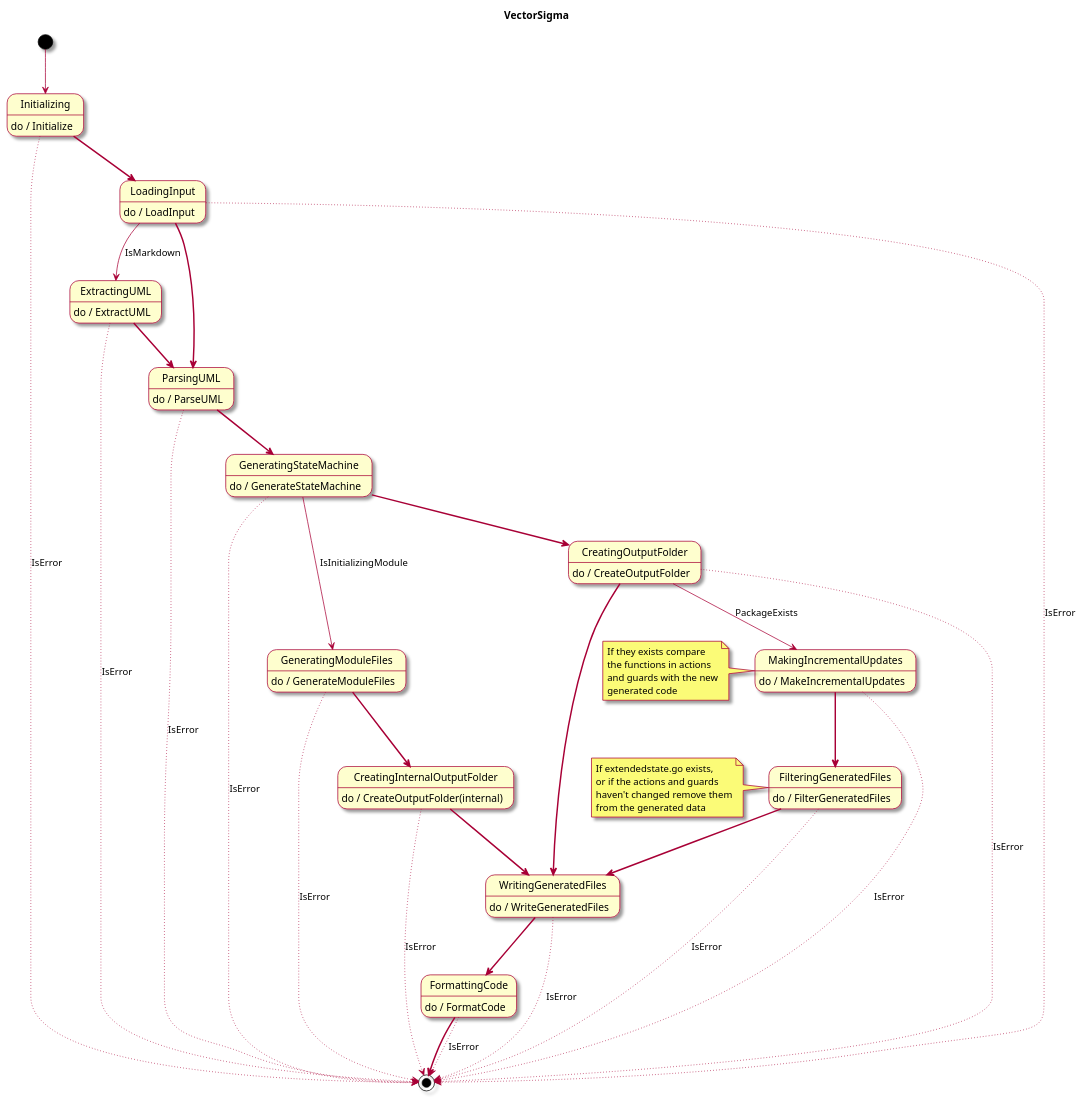
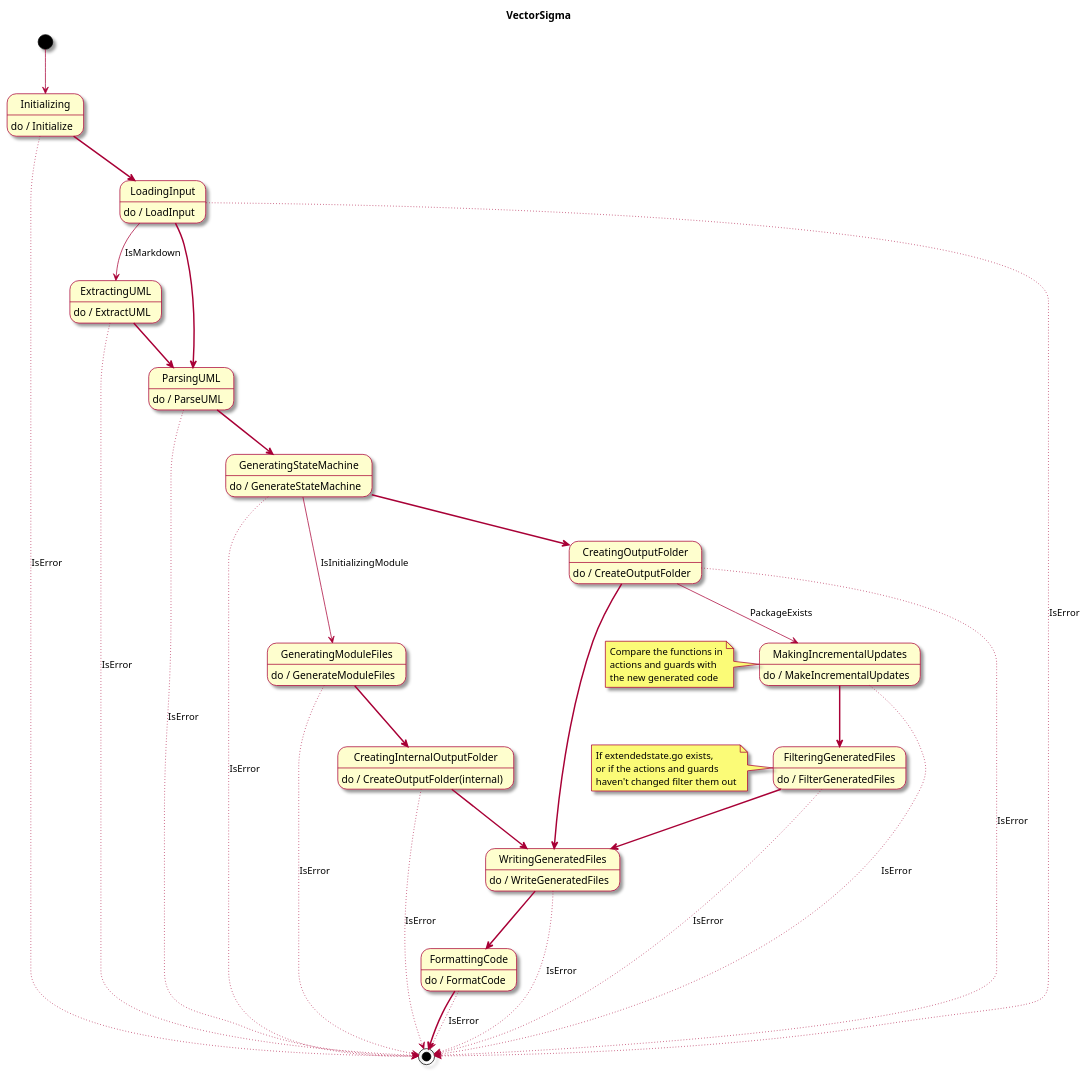
Before and after one commit to mhersson/vectorsigma: the diagram in docs/vectorsigma-statechart.md, drawn with PlantUML. The commit also changed 1 other file, not shown here.

Commit message:
Improve the notes in the statechart diagram

````diff
--- a/docs/vectorsigma-statechart.md
+++ b/docs/vectorsigma-statechart.md
@@ -6,76 +6,74 @@
 ```plantuml
 @startuml
 
 skin rose
 
 title VectorSigma
 
 [*] --> Initializing
 
 Initializing: do / Initialize
 Initializing -[dotted]-> [*]: IsError
 Initializing -[bold]-> LoadingInput
 
 LoadingInput: do / LoadInput
 LoadingInput -[dotted]-> [*]: IsError
 LoadingInput --> ExtractingUML: IsMarkdown
 LoadingInput -[bold]-> ParsingUML
 
 ExtractingUML: do / ExtractUML
 ExtractingUML -[dotted]-> [*]: IsError
 ExtractingUML -[bold]-> ParsingUML
 
 ParsingUML: do / ParseUML
 ParsingUML -[dotted]-> [*]: IsError
 ParsingUML -[bold]-> GeneratingStateMachine
 
 GeneratingStateMachine: do / GenerateStateMachine
 GeneratingStateMachine -[dotted]-> [*]: IsError
 GeneratingStateMachine --> GeneratingModuleFiles: IsInitializingModule
 GeneratingStateMachine -[bold]-> CreatingOutputFolder
 
 GeneratingModuleFiles: do / GenerateModuleFiles
 GeneratingModuleFiles -[dotted]-> [*]: IsError
 GeneratingModuleFiles -[bold]-> CreatingInternalOutputFolder
 
 CreatingInternalOutputFolder: do / CreateOutputFolder(internal)
 CreatingInternalOutputFolder -[dotted]-> [*]: IsError
 CreatingInternalOutputFolder -[bold]-> WritingGeneratedFiles
 
 CreatingOutputFolder: do / CreateOutputFolder
 CreatingOutputFolder -[dotted]-> [*]: IsError
 CreatingOutputFolder --> MakingIncrementalUpdates: PackageExists
 CreatingOutputFolder -[bold]-> WritingGeneratedFiles
 
 MakingIncrementalUpdates: do / MakeIncrementalUpdates
 MakingIncrementalUpdates -[dotted]-> [*]: IsError
 MakingIncrementalUpdates -[bold]-> FilteringGeneratedFiles
 note left of MakingIncrementalUpdates
-  If they exists compare
-  the functions in actions
-  and guards with the new
-  generated code
+  Compare the functions in
+  actions and guards with
+  the new generated code
 end note
 
 FilteringGeneratedFiles: do / FilterGeneratedFiles
 FilteringGeneratedFiles -[dotted]-> [*]: IsError
 FilteringGeneratedFiles -[bold]-> WritingGeneratedFiles
 note left of FilteringGeneratedFiles
   If extendedstate.go exists,
   or if the actions and guards
-  haven't changed remove them
-  from the generated data
+  haven't changed filter them out
 end note
 
 
 WritingGeneratedFiles: do / WriteGeneratedFiles
 WritingGeneratedFiles -[dotted]-> [*]: IsError
 WritingGeneratedFiles -[bold]-> FormattingCode
 
 FormattingCode: do / FormatCode
 FormattingCode -[dotted]-> [*]: IsError
 FormattingCode -[bold]-> [*]
 
 @enduml
 
 ```
````
